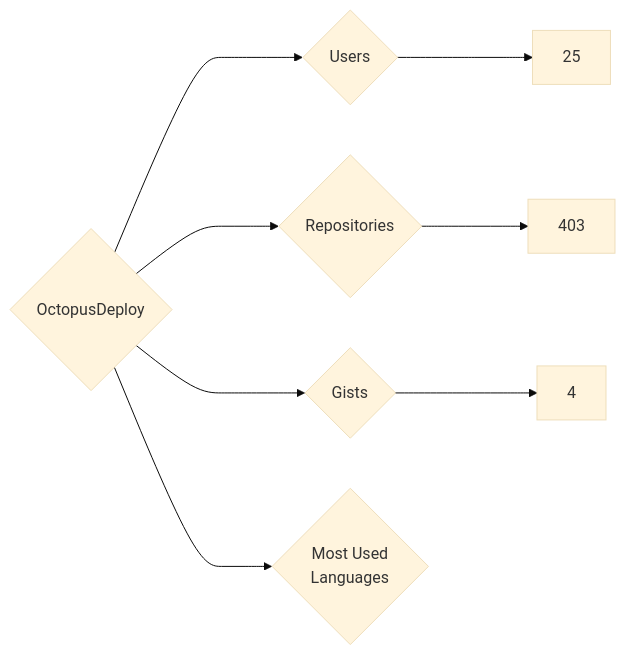
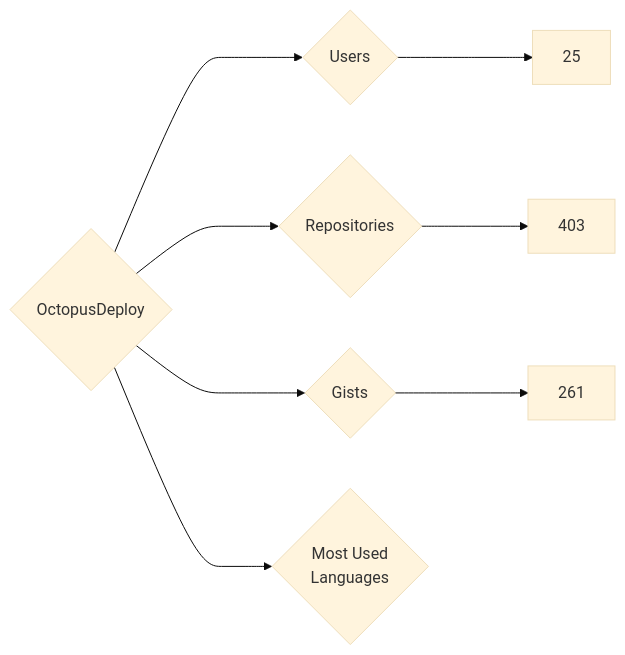
One commit to nenadzaric/insiders changed the diagram in targets/OctopusDeploy/README.md. Above: the diagram before and after it, drawn with Mermaid (base theme). The commit also changed 1342 other files, not shown here.

````diff
--- a/targets/OctopusDeploy/README.md
+++ b/targets/OctopusDeploy/README.md
@@ -3,8 +3,8 @@
 ```mermaid
 graph LR
 COMPANY_NAME{OctopusDeploy}
 COMPANY_NAME ---> U{Users} ---> UN[25]
 COMPANY_NAME ---> R{Repositories} ---> RN[403]
-COMPANY_NAME ---> G{Gists} ---> GN[4]
+COMPANY_NAME ---> G{Gists} ---> GN[261]
 COMPANY_NAME ---> ML{Most Used<br>Languages}
 ```
````
